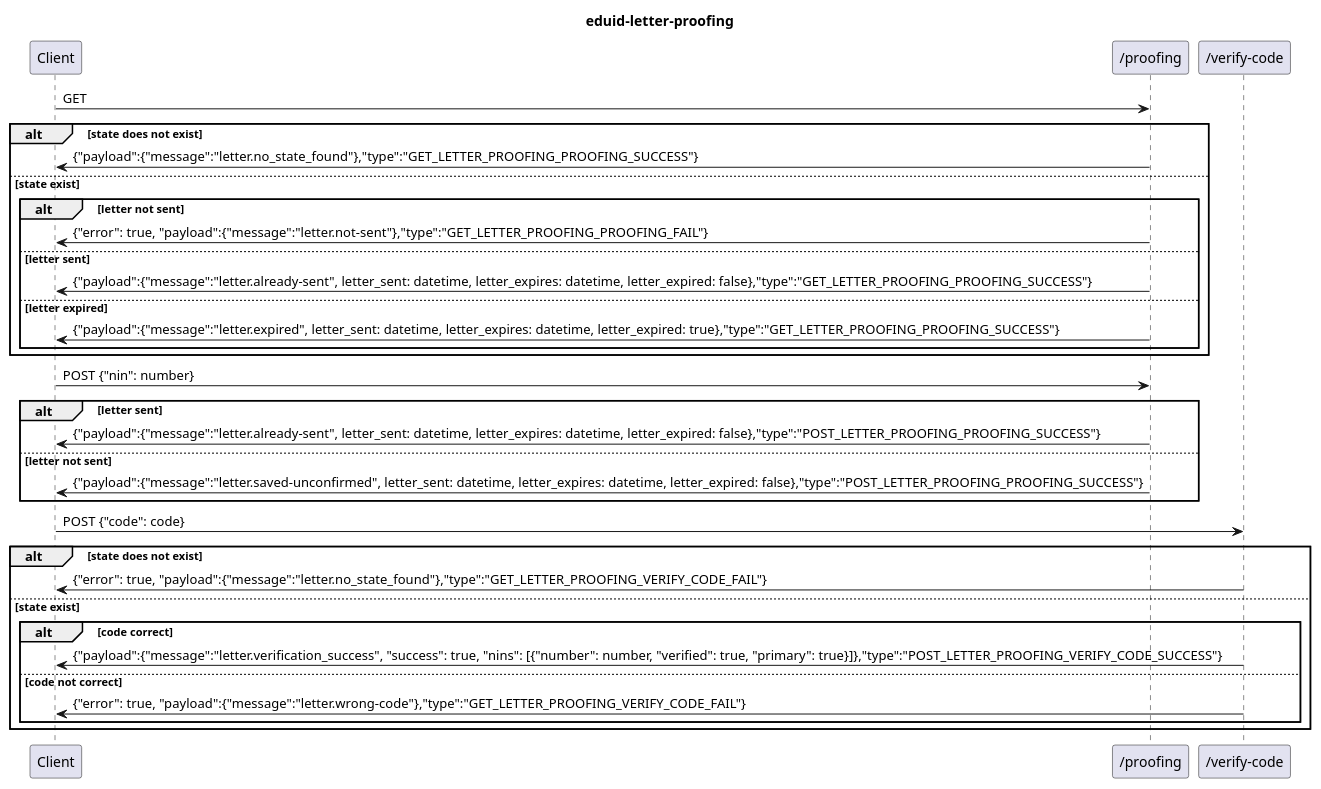
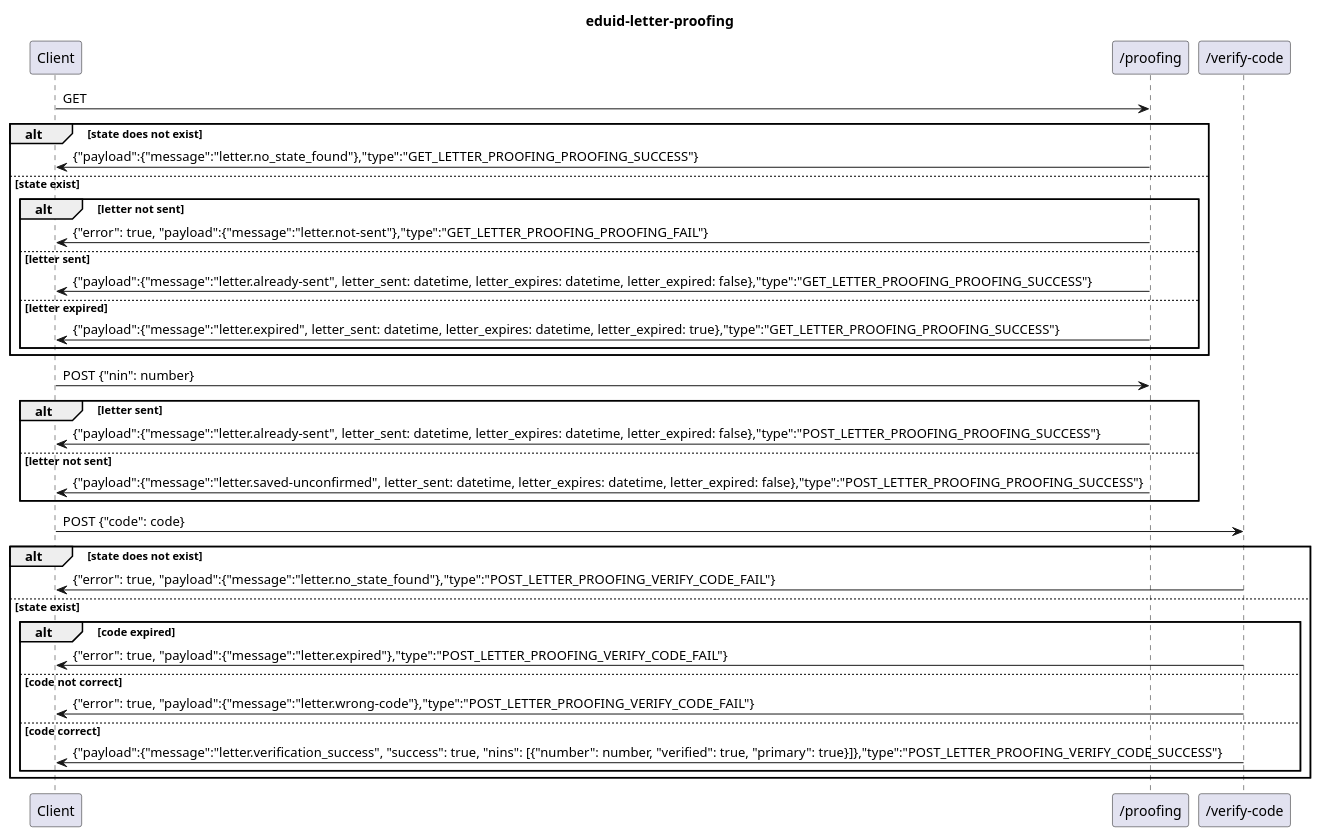
One commit to SUNET/eduid-backend changed the diagram in doc/letter_proofing.puml. Above: the diagram before and after it, drawn with PlantUML. The commit also changed 2 other files, not shown here.

Commit message:
show new letter.expired returned from /verify-code

```diff
--- a/doc/letter_proofing.puml
+++ b/doc/letter_proofing.puml
@@ -1,34 +1,36 @@
 @startuml
 title eduid-letter-proofing
 
 Client->"/proofing": GET
 alt state does not exist
     "/proofing"->Client: {"payload":{"message":"letter.no_state_found"},"type":"GET_LETTER_PROOFING_PROOFING_SUCCESS"}
 else state exist
     alt letter not sent
         "/proofing"->Client: {"error": true, "payload":{"message":"letter.not-sent"},"type":"GET_LETTER_PROOFING_PROOFING_FAIL"}
     else letter sent
         "/proofing"->Client: {"payload":{"message":"letter.already-sent", letter_sent: datetime, letter_expires: datetime, letter_expired: false},"type":"GET_LETTER_PROOFING_PROOFING_SUCCESS"}
     else letter expired
         "/proofing"->Client: {"payload":{"message":"letter.expired", letter_sent: datetime, letter_expires: datetime, letter_expired: true},"type":"GET_LETTER_PROOFING_PROOFING_SUCCESS"}
     end
 end
 
 Client->"/proofing": POST {"nin": number}
 alt letter sent
     "/proofing"->Client: {"payload":{"message":"letter.already-sent", letter_sent: datetime, letter_expires: datetime, letter_expired: false},"type":"POST_LETTER_PROOFING_PROOFING_SUCCESS"}
 else letter not sent
     "/proofing"->Client: {"payload":{"message":"letter.saved-unconfirmed", letter_sent: datetime, letter_expires: datetime, letter_expired: false},"type":"POST_LETTER_PROOFING_PROOFING_SUCCESS"}
 end
 
 Client -> "/verify-code": POST {"code": code}
 alt state does not exist
-    "/verify-code"->Client: {"error": true, "payload":{"message":"letter.no_state_found"},"type":"GET_LETTER_PROOFING_VERIFY_CODE_FAIL"}
+    "/verify-code"->Client: {"error": true, "payload":{"message":"letter.no_state_found"},"type":"POST_LETTER_PROOFING_VERIFY_CODE_FAIL"}
 else state exist
-    alt code correct
+    alt code expired
+        "/verify-code"->Client: {"error": true, "payload":{"message":"letter.expired"},"type":"POST_LETTER_PROOFING_VERIFY_CODE_FAIL"}
+    else code not correct
+        "/verify-code"->Client: {"error": true, "payload":{"message":"letter.wrong-code"},"type":"POST_LETTER_PROOFING_VERIFY_CODE_FAIL"}
+    else code correct
         "/verify-code"->Client: {"payload":{"message":"letter.verification_success", "success": true, "nins": [{"number": number, "verified": true, "primary": true}]},"type":"POST_LETTER_PROOFING_VERIFY_CODE_SUCCESS"}
-    else code not correct
-        "/verify-code"->Client: {"error": true, "payload":{"message":"letter.wrong-code"},"type":"GET_LETTER_PROOFING_VERIFY_CODE_FAIL"}
     end
 end
 @enduml
```
